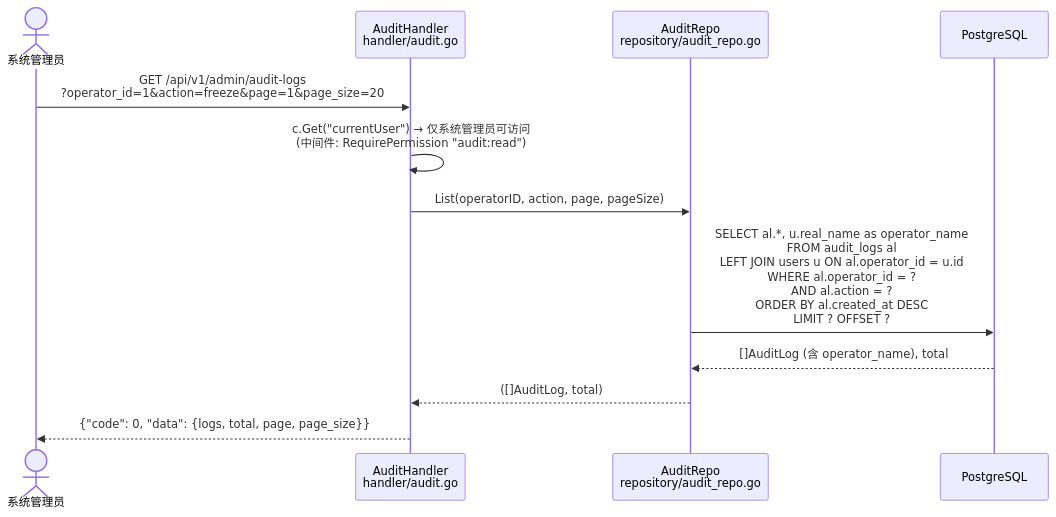
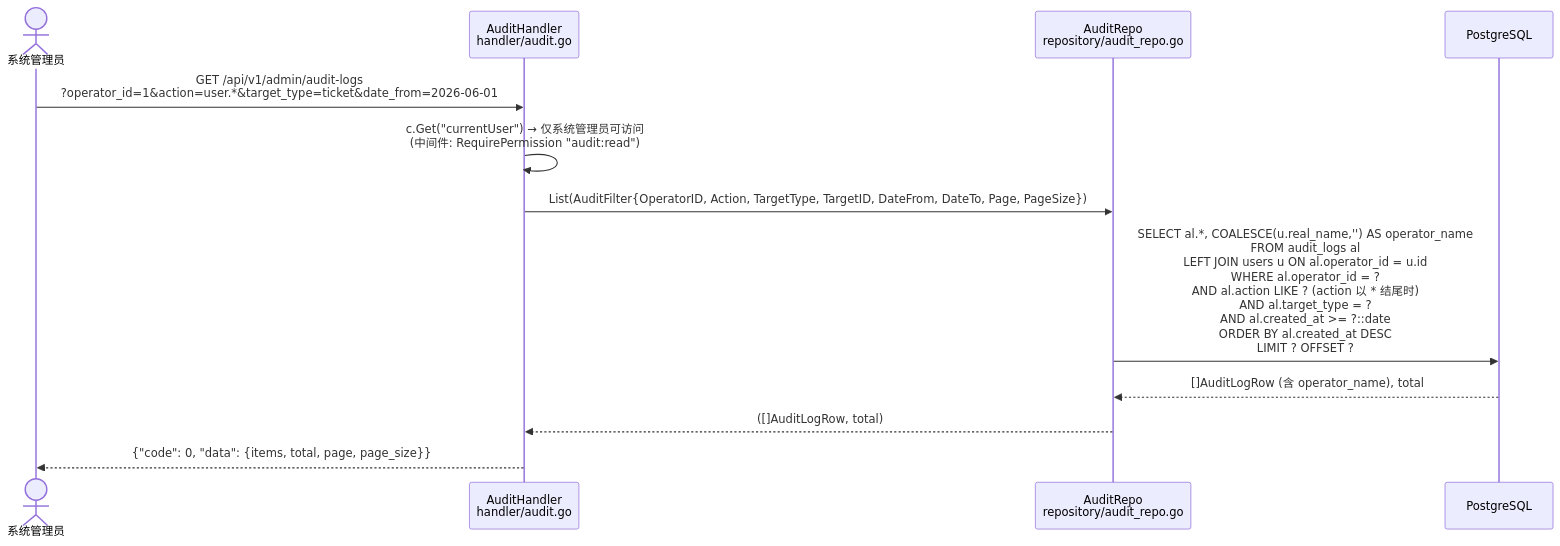
The fourth of 6 diagrams in docs/diagrams/dashboard-audit-flow.md (scutmmq/OpsMind), drawn with Mermaid before and after one commit. The commit also changed 4 other files, not shown here.

First line of the commit message:
feat: 审计查询 LEFT JOIN 优化 + action 前缀搜索 + 文档图同步

````diff
--- a/docs/diagrams/dashboard-audit-flow.md
+++ b/docs/diagrams/dashboard-audit-flow.md
@@ -153,17 +153,17 @@
 ```mermaid
 sequenceDiagram
     actor A as 系统管理员
     participant AH as AuditHandler<br/>handler/audit.go
     participant AR as AuditRepo<br/>repository/audit_repo.go
     participant DB as PostgreSQL
 
-    A->>AH: GET /api/v1/admin/audit-logs<br/>?operator_id=1&action=freeze&page=1&page_size=20
+    A->>AH: GET /api/v1/admin/audit-logs<br/>?operator_id=1&action=user.*&target_type=ticket&date_from=2026-06-01
     AH->>AH: c.Get("currentUser") → 仅系统管理员可访问<br/>(中间件: RequirePermission "audit:read")
     
-    AH->>AR: List(operatorID, action, page, pageSize)
-    AR->>DB: SELECT al.*, u.real_name as operator_name<br/>FROM audit_logs al<br/>LEFT JOIN users u ON al.operator_id = u.id<br/>WHERE al.operator_id = ?<br/>  AND al.action = ?<br/>ORDER BY al.created_at DESC<br/>LIMIT ? OFFSET ?
+    AH->>AR: List(AuditFilter{OperatorID, Action, TargetType, TargetID, DateFrom, DateTo, Page, PageSize})
+    AR->>DB: SELECT al.*, COALESCE(u.real_name,'') AS operator_name<br/>FROM audit_logs al<br/>LEFT JOIN users u ON al.operator_id = u.id<br/>WHERE al.operator_id = ?<br/>  AND al.action LIKE ?  (action 以 * 结尾时)<br/>  AND al.target_type = ?<br/>  AND al.created_at >= ?::date<br/>ORDER BY al.created_at DESC<br/>LIMIT ? OFFSET ?
     
-    DB-->>AR: []AuditLog (含 operator_name), total
-    AR-->>AH: ([]AuditLog, total)
-    AH-->>A: {"code": 0, "data": {logs, total, page, page_size}}
+    DB-->>AR: []AuditLogRow (含 operator_name), total
+    AR-->>AH: ([]AuditLogRow, total)
+    AH-->>A: {"code": 0, "data": {items, total, page, page_size}}
 ```
````
